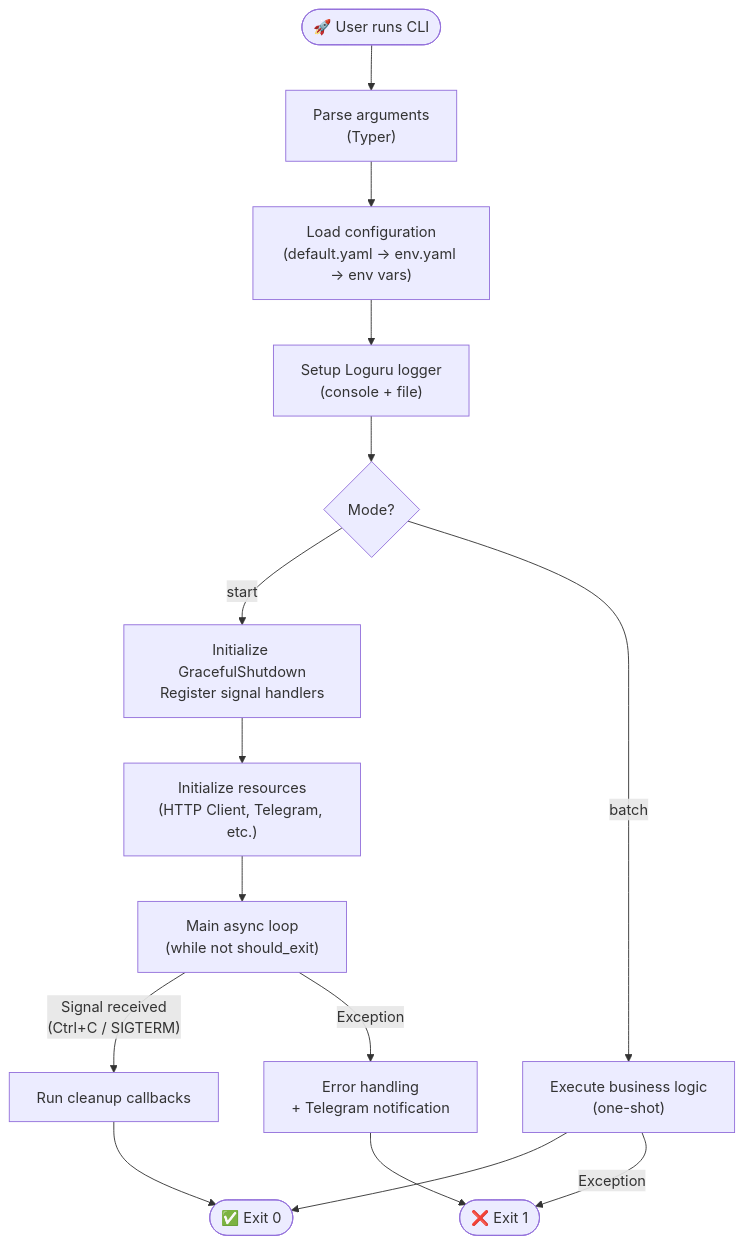
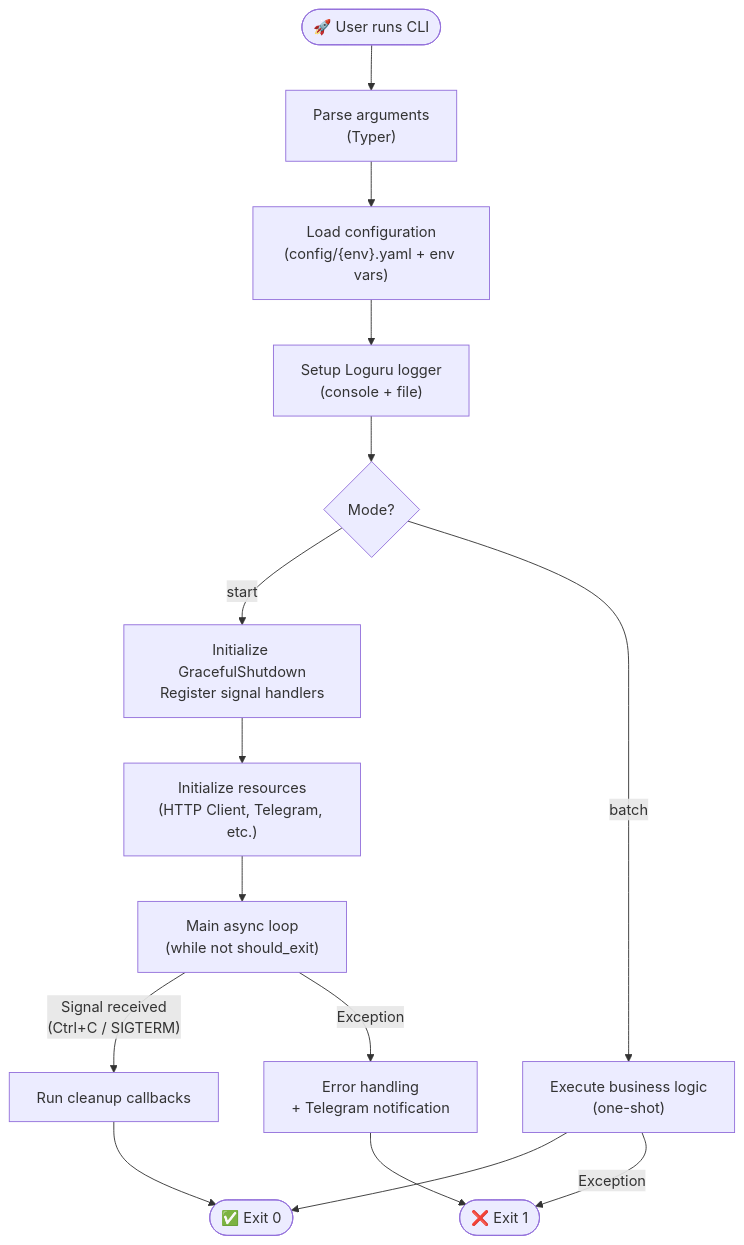
One commit to taein2301/JPPT changed the second of 3 diagrams in README.md. Above: the diagram before and after it, drawn with Mermaid. The commit also changed other lines of this file and 25 other files, not shown here.

Commit message:
refactor: simplify env config loading

````diff
--- a/README.md
+++ b/README.md
@@ -177,20 +177,20 @@
 ```mermaid
 flowchart TD
     START(["🚀 User runs CLI"]) --> PARSE["Parse arguments<br/>(Typer)"]
-    PARSE --> LOAD_CONFIG["Load configuration<br/>(default.yaml → env.yaml → env vars)"]
+    PARSE --> LOAD_CONFIG["Load configuration<br/>(config/{env}.yaml + env vars)"]
     LOAD_CONFIG --> SETUP_LOG["Setup Loguru logger<br/>(console + file)"]
     SETUP_LOG --> MODE{Mode?}
 
     MODE -->|"start"| APP_INIT["Initialize GracefulShutdown<br/>Register signal handlers"]
     APP_INIT --> APP_RESOURCES["Initialize resources<br/>(HTTP Client, Telegram, etc.)"]
     APP_RESOURCES --> APP_LOOP["Main async loop<br/>(while not should_exit)"]
     APP_LOOP -->|"Signal received<br/>(Ctrl+C / SIGTERM)"| CLEANUP["Run cleanup callbacks"]
     CLEANUP --> EXIT_OK(["✅ Exit 0"])
 
     MODE -->|"batch"| BATCH_RUN["Execute business logic<br/>(one-shot)"]
     BATCH_RUN --> EXIT_OK
 
     APP_LOOP -->|"Exception"| ERROR_HANDLE["Error handling<br/>+ Telegram notification"]
     ERROR_HANDLE --> EXIT_FAIL(["❌ Exit 1"])
     BATCH_RUN -->|"Exception"| EXIT_FAIL
 ```
````
